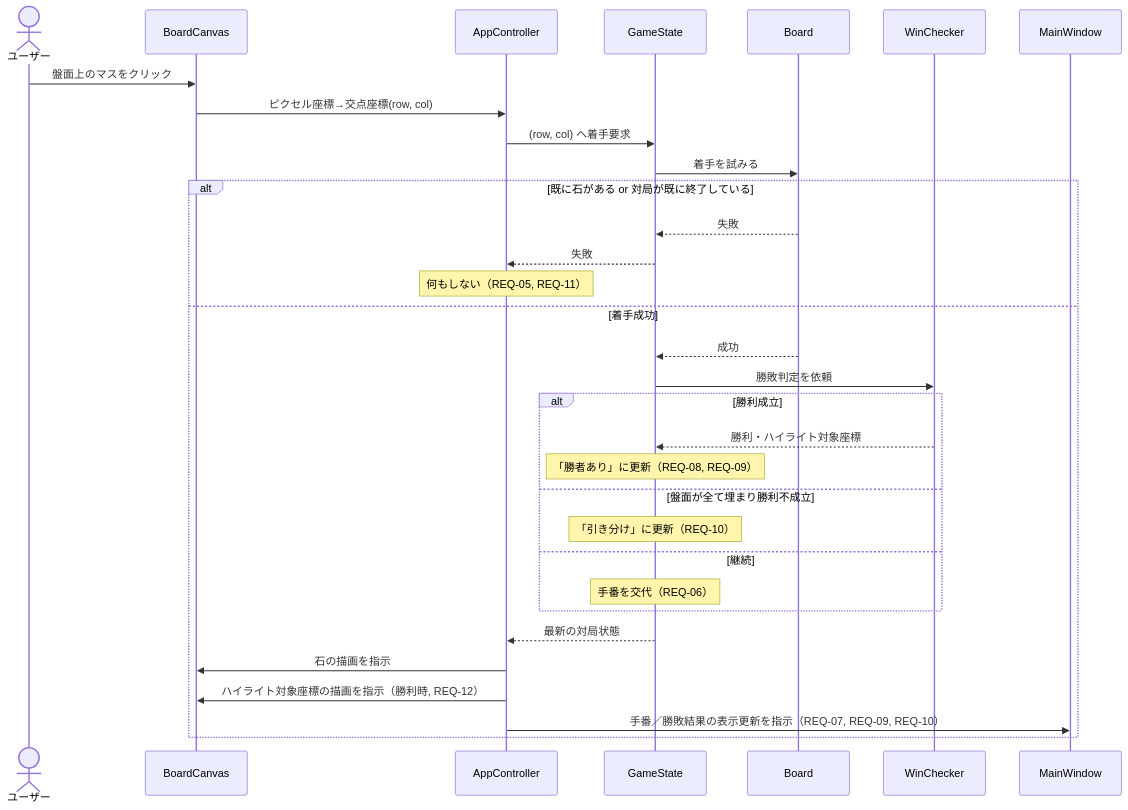
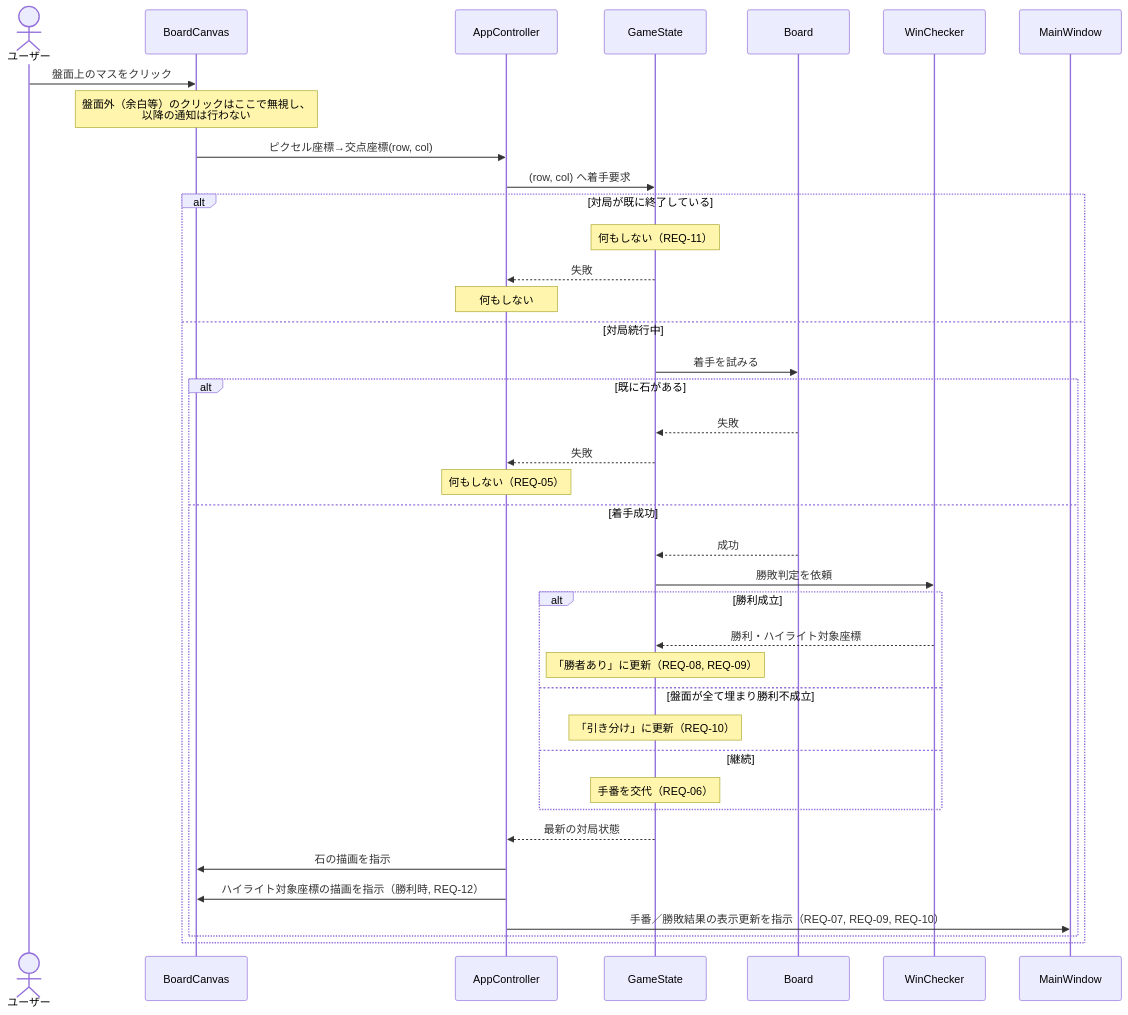
The second of 3 diagrams in docs/02_component_design/component_design.md (SanghunIm1991/gomoku-waterfall), drawn with Mermaid before and after one commit. The commit also changed other lines of this file and 1 other file, not shown here.

Commit message:
[claude] コンポーネント設計書のレビュー指摘を修正（対応要件欄の不整合解消、シーケンス図の判定主体を修正、盤面外クリックの扱いを明記）

````diff
--- a/docs/02_component_design/component_design.md
+++ b/docs/02_component_design/component_design.md
@@ -154,36 +156,43 @@
 ```mermaid
 sequenceDiagram
     actor User as ユーザー
     participant Canvas as BoardCanvas
     participant Ctrl as AppController
     participant State as GameState
     participant Board as Board
     participant Win as WinChecker
     participant Main as MainWindow
 
     User->>Canvas: 盤面上のマスをクリック
+    Note over Canvas: 盤面外（余白等）のクリックはここで無視し、<br/>以降の通知は行わない
     Canvas->>Ctrl: ピクセル座標→交点座標(row, col)
     Ctrl->>State: (row, col) へ着手要求
-    State->>Board: 着手を試みる
 
-    alt 既に石がある or 対局が既に終了している
-        Board-->>State: 失敗
+    alt 対局が既に終了している
+        Note over State: 何もしない（REQ-11）
         State-->>Ctrl: 失敗
-        Note over Ctrl: 何もしない（REQ-05, REQ-11）
-    else 着手成功
-        Board-->>State: 成功
-        State->>Win: 勝敗判定を依頼
-        alt 勝利成立
-            Win-->>State: 勝利・ハイライト対象座標
-            Note over State: 「勝者あり」に更新（REQ-08, REQ-09）
-        else 盤面が全て埋まり勝利不成立
-            Note over State: 「引き分け」に更新（REQ-10）
-        else 継続
-            Note over State: 手番を交代（REQ-06）
+        Note over Ctrl: 何もしない
+    else 対局続行中
+        State->>Board: 着手を試みる
+        alt 既に石がある
+            Board-->>State: 失敗
+            State-->>Ctrl: 失敗
+            Note over Ctrl: 何もしない（REQ-05）
+        else 着手成功
+            Board-->>State: 成功
+            State->>Win: 勝敗判定を依頼
+            alt 勝利成立
+                Win-->>State: 勝利・ハイライト対象座標
+                Note over State: 「勝者あり」に更新（REQ-08, REQ-09）
+            else 盤面が全て埋まり勝利不成立
+                Note over State: 「引き分け」に更新（REQ-10）
+            else 継続
+                Note over State: 手番を交代（REQ-06）
+            end
+            State-->>Ctrl: 最新の対局状態
+            Ctrl->>Canvas: 石の描画を指示
+            Ctrl->>Canvas: ハイライト対象座標の描画を指示（勝利時, REQ-12）
+            Ctrl->>Main: 手番／勝敗結果の表示更新を指示（REQ-07, REQ-09, REQ-10）
         end
-        State-->>Ctrl: 最新の対局状態
-        Ctrl->>Canvas: 石の描画を指示
-        Ctrl->>Canvas: ハイライト対象座標の描画を指示（勝利時, REQ-12）
-        Ctrl->>Main: 手番／勝敗結果の表示更新を指示（REQ-07, REQ-09, REQ-10）
     end
 ```
````
